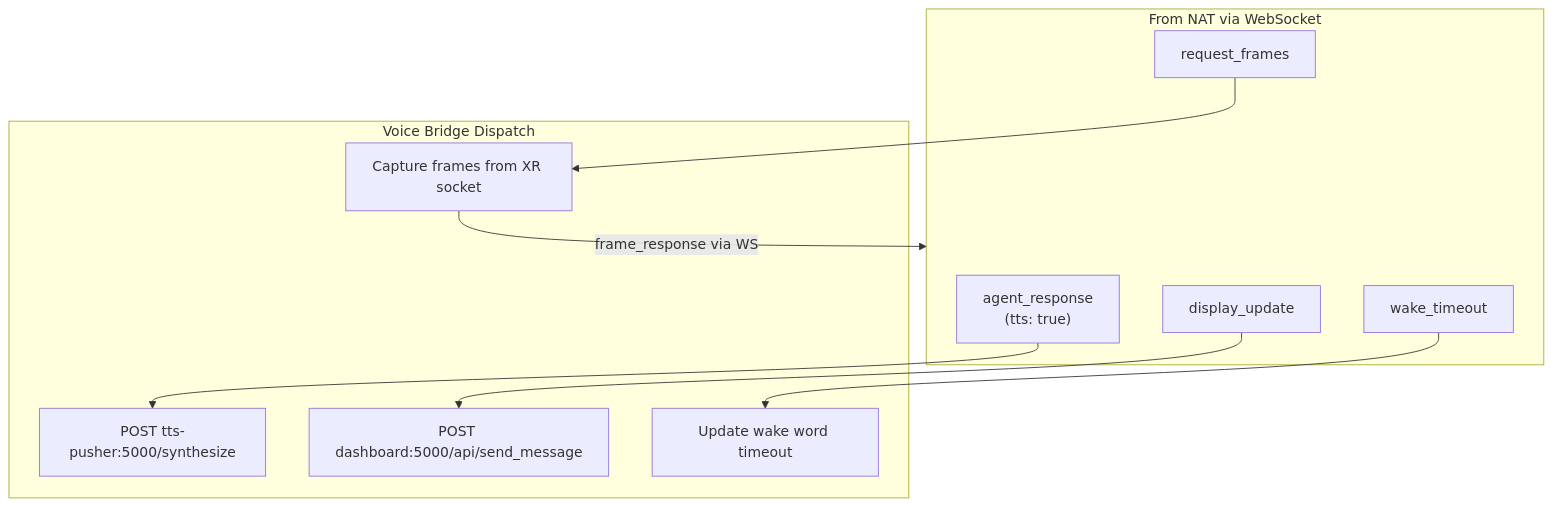
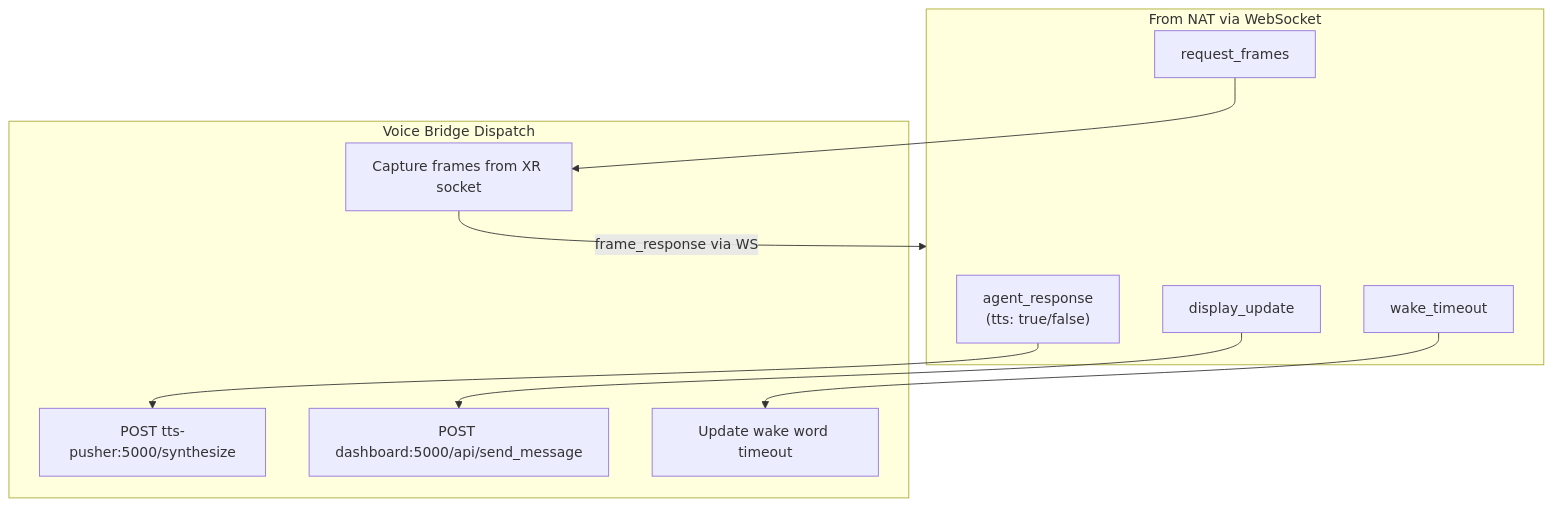
One commit to smerkousdavid/LabOS-Runtime changed the second of 4 diagrams in xr_runtime/voice_bridge/README.md. Above: the diagram before and after it, drawn with Mermaid. The commit also changed other lines of this file and 14 other files, not shown here.

````diff
--- a/xr_runtime/voice_bridge/README.md
+++ b/xr_runtime/voice_bridge/README.md
@@ -35,22 +45,22 @@
 ```mermaid
 graph TD
     subgraph natWS [From NAT via WebSocket]
-        AR["agent_response<br/>(tts: true)"]
+        AR["agent_response<br/>(tts: true/false)"]
         DU["display_update"]
         RF["request_frames"]
         WT["wake_timeout"]
     end
 
     subgraph dispatch [Voice Bridge Dispatch]
         TTS["POST tts-pusher:5000/synthesize"]
         DASH["POST dashboard:5000/api/send_message"]
         FRAMES["Capture frames from XR socket"]
         TIMER["Update wake word timeout"]
     end
 
     AR --> TTS
     DU --> DASH
     RF --> FRAMES
     WT --> TIMER
     FRAMES -->|"frame_response via WS"| natWS
 ```
````
